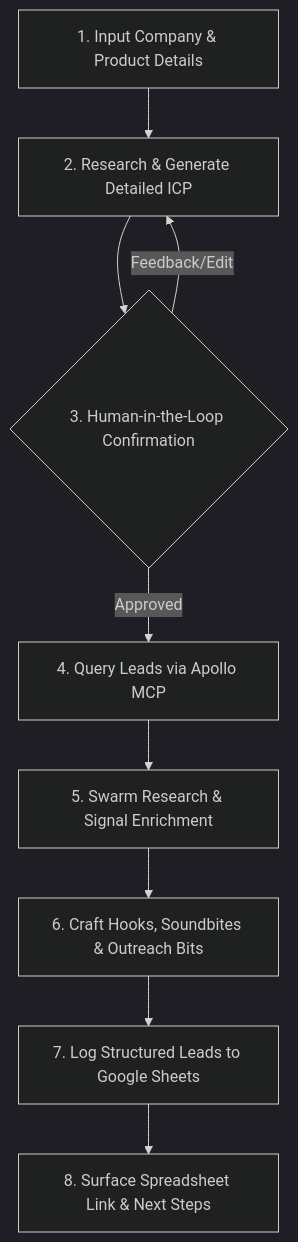
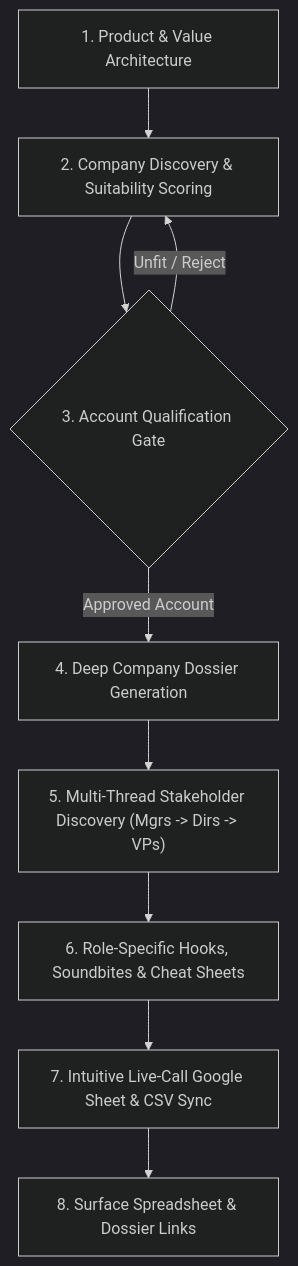
The diagram in .agents/skills/icp-prospecting-swarm/SKILL.md (chandanonquest/multithread-prospector), drawn with Mermaid (dark theme) before and after one commit. The commit also changed other lines of this file and 12 other files, not shown here.

Commit message:
feat: refactor pipeline to account-first suitability and multi-thread stakeholder ladder

````diff
--- a/.agents/skills/icp-prospecting-swarm/SKILL.md
+++ b/.agents/skills/icp-prospecting-swarm/SKILL.md
@@ -14,11 +15,11 @@
 ```mermaid
 flowchart TD
-    A["1. Input Company & Product Details"] --> B["2. Research & Generate Detailed ICP"]
-    B --> C{"3. Human-in-the-Loop Confirmation"}
-    C -->|Approved| D["4. Query Leads via Apollo MCP"]
-    C -->|Feedback/Edit| B
-    D --> E["5. Swarm Research & Signal Enrichment"]
-    E --> F["6. Craft Hooks, Soundbites & Outreach Bits"]
-    F --> G["7. Log Structured Leads to Google Sheets"]
-    G --> H["8. Surface Spreadsheet Link & Next Steps"]
+    A["1. Product & Value Architecture"] --> B["2. Company Discovery & Suitability Scoring"]
+    B --> C{"3. Account Qualification Gate"}
+    C -->|Approved Account| D["4. Deep Company Dossier Generation"]
+    C -->|Unfit / Reject| B
+    D --> E["5. Multi-Thread Stakeholder Discovery (Mgrs -> Dirs -> VPs)"]
+    E --> F["6. Role-Specific Hooks, Soundbites & Cheat Sheets"]
+    F --> G["7. Intuitive Live-Call Google Sheet & CSV Sync"]
+    G --> H["8. Surface Spreadsheet & Dossier Links"]
 ```
````
